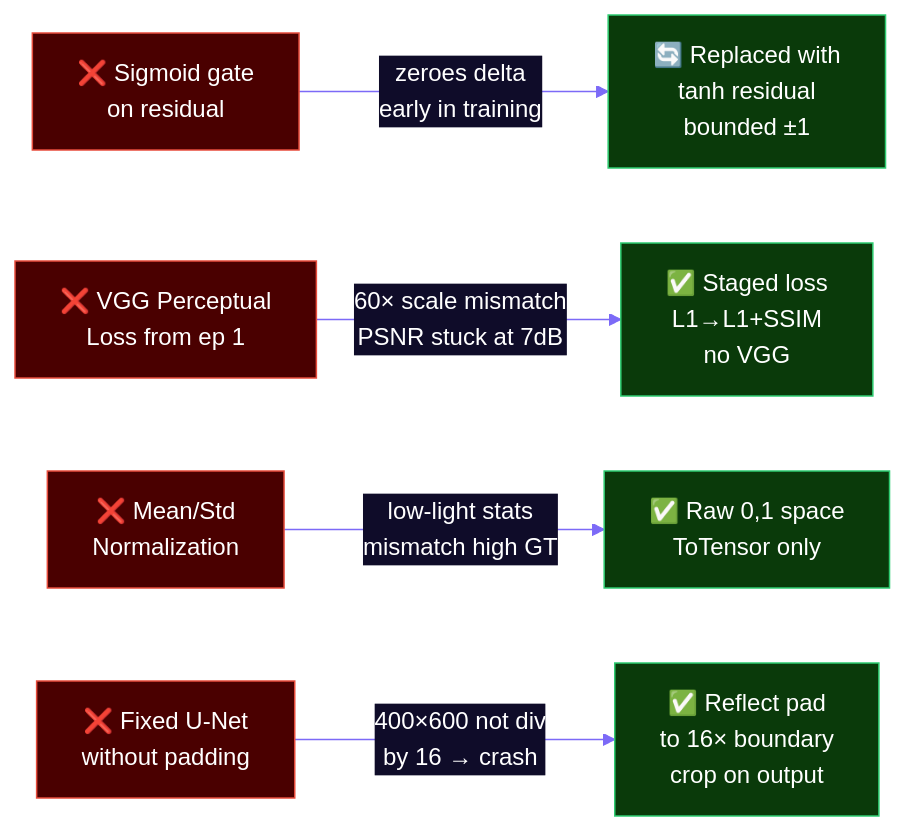
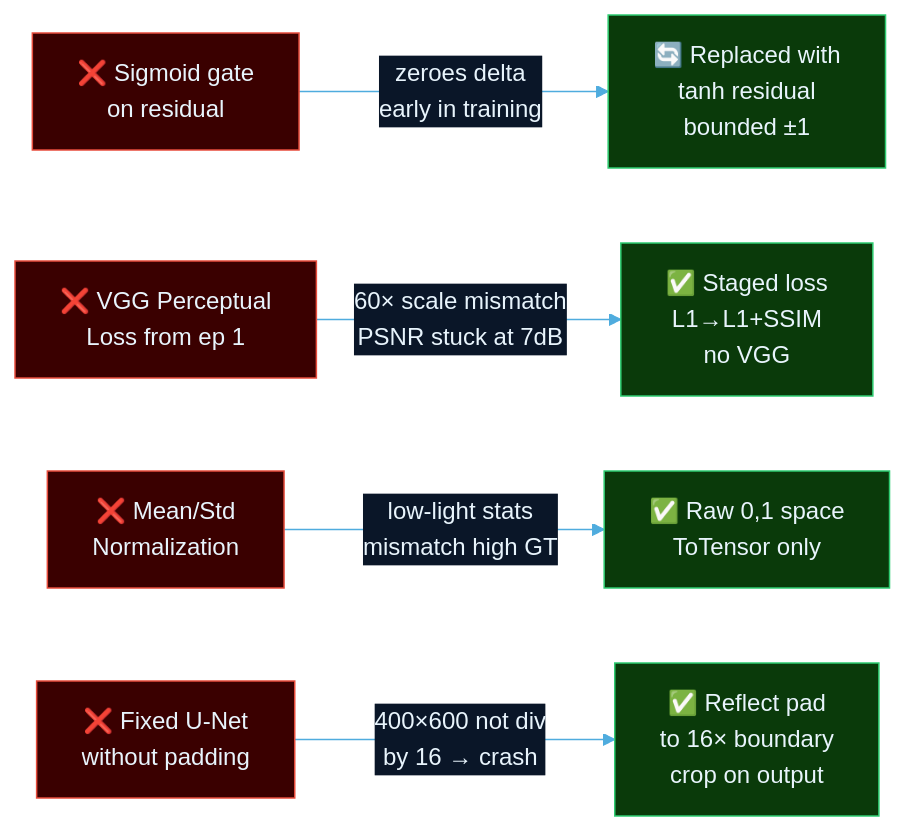
One commit to DARusrus/H changed the third of 3 diagrams in README.md. Above: the diagram before and after it, drawn with Mermaid. The commit also changed other lines of this file, not shown here.

````diff
--- a/README.md
+++ b/README.md
@@ -380,24 +380,24 @@
 ```mermaid
 %%{init: {'theme': 'base', 'themeVariables': {
-  'primaryColor': '#302b63',
-  'primaryTextColor': '#ffffff',
-  'primaryBorderColor': '#7C6AF7',
-  'lineColor': '#7C6AF7',
-  'secondaryColor': '#0f0c29',
-  'tertiaryColor': '#24243e'
+  'primaryColor': '#0d2137',
+  'primaryTextColor': '#e8f4fc',
+  'primaryBorderColor': '#4facde',
+  'lineColor': '#4facde',
+  'secondaryColor': '#0a1628',
+  'tertiaryColor': '#0f2a40'
 }}}%%
 flowchart LR
     A["❌ Sigmoid gate\non residual"] -->|zeroes delta\nearly in training| B["🔄 Replaced with\ntanh residual\nbounded ±1"]
     C["❌ VGG Perceptual\nLoss from ep 1"] -->|60× scale mismatch\nPSNR stuck at 7dB| D["✅ Staged loss\nL1→L1+SSIM\nno VGG"]
     E["❌ Mean/Std\nNormalization"] -->|low-light stats\nmismatch high GT| F["✅ Raw 0,1 space\nToTensor only"]
     G["❌ Fixed U-Net\nwithout padding"] -->|400×600 not div\nby 16 → crash| H["✅ Reflect pad\nto 16× boundary\ncrop on output"]
 
-    style A fill:#4a0000,stroke:#e74c3c,color:#fff
-    style C fill:#4a0000,stroke:#e74c3c,color:#fff
-    style E fill:#4a0000,stroke:#e74c3c,color:#fff
-    style G fill:#4a0000,stroke:#e74c3c,color:#fff
-    style B fill:#0a3a0a,stroke:#2ecc71,color:#fff
-    style D fill:#0a3a0a,stroke:#2ecc71,color:#fff
-    style F fill:#0a3a0a,stroke:#2ecc71,color:#fff
-    style H fill:#0a3a0a,stroke:#2ecc71,color:#fff
+    style A fill:#3a0000,stroke:#e74c3c,color:#e8f4fc
+    style C fill:#3a0000,stroke:#e74c3c,color:#e8f4fc
+    style E fill:#3a0000,stroke:#e74c3c,color:#e8f4fc
+    style G fill:#3a0000,stroke:#e74c3c,color:#e8f4fc
+    style B fill:#0a3a0a,stroke:#2ecc71,color:#e8f4fc
+    style D fill:#0a3a0a,stroke:#2ecc71,color:#e8f4fc
+    style F fill:#0a3a0a,stroke:#2ecc71,color:#e8f4fc
+    style H fill:#0a3a0a,stroke:#2ecc71,color:#e8f4fc
 ```
````
